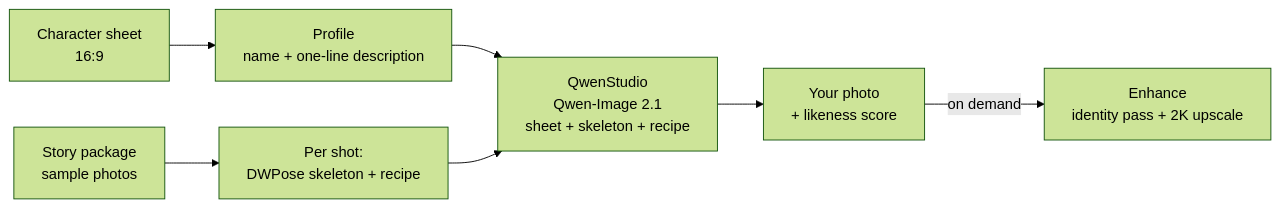
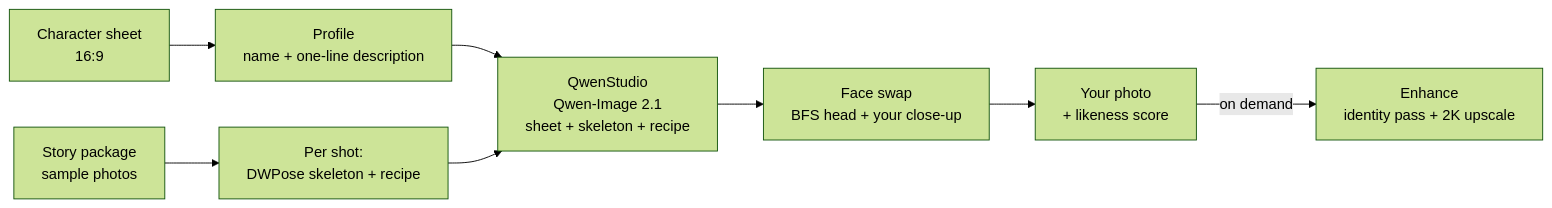
Before and after one commit to aaronamortegui-glitch/photobook: the diagram in README.md, drawn with Mermaid (forest theme). The commit also changed other lines of this file and 12 other files, not shown here.

First line of the commit message:
Face swap on every photo, saved people, background engine

````diff
--- a/README.md
+++ b/README.md
@@ -39,9 +39,10 @@
 ```mermaid
 flowchart LR
   S[Character sheet<br/>16:9] --> P[Profile<br/>name + one-line description]
   L[Story package<br/>sample photos] --> K[Per shot:<br/>DWPose skeleton + recipe]
   P --> G
   K --> G[QwenStudio<br/>Qwen-Image 2.1<br/>sheet + skeleton + recipe]
-  G --> R[Your photo<br/>+ likeness score]
+  G --> H[Face swap<br/>BFS head + your close-up]
+  H --> R[Your photo<br/>+ likeness score]
   R -->|on demand| E[Enhance<br/>identity pass + 2K upscale]
 ```
````
